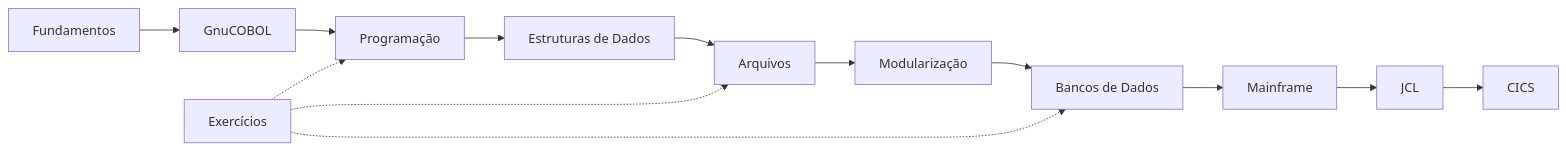
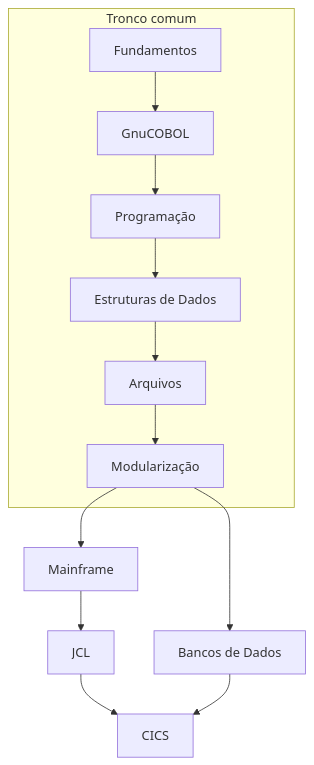
The diagram in programacao/cobol/index.md (infra-linux/infra-linux.github.io), drawn with Mermaid before and after one commit. The commit also changed other lines of this file, not shown here.

````diff
--- a/programacao/cobol/index.md
+++ b/programacao/cobol/index.md
@@ -105,15 +110,18 @@
 ```mermaid
-flowchart LR
-    Fundamentos --> GnuCOBOL
-    GnuCOBOL --> Programacao["Programação"]
-    Programacao --> Dados["Estruturas de Dados"]
-    Dados --> Arquivos
-    Arquivos --> Modularizacao["Modularização"]
+flowchart TD
+    subgraph Tronco["Tronco comum"]
+        Fundamentos --> GnuCOBOL
+        GnuCOBOL --> Programacao["Programação"]
+        Programacao --> Dados["Estruturas de Dados"]
+        Dados --> Arquivos
+        Arquivos --> Modularizacao["Modularização"]
+    end
+
+    Modularizacao --> Mainframe
+    Mainframe --> JCL
+
     Modularizacao --> DB["Bancos de Dados"]
-    DB --> Mainframe
-    Mainframe --> JCL
+
     JCL --> CICS
-    Exercicios["Exercícios"] -.-> Programacao
-    Exercicios -.-> Arquivos
-    Exercicios -.-> DB
+    DB --> CICS
 ```
````
